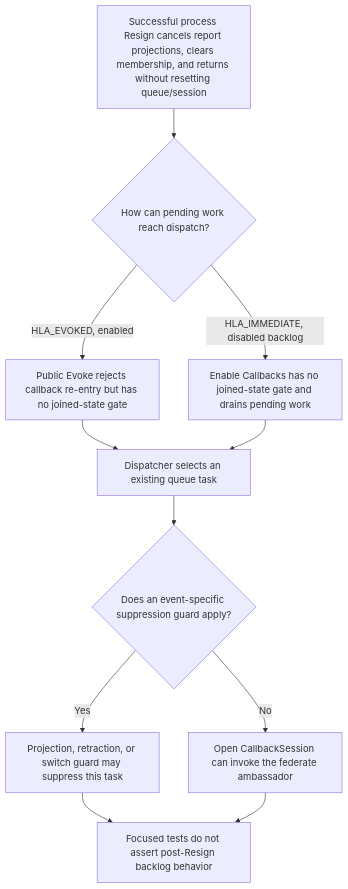
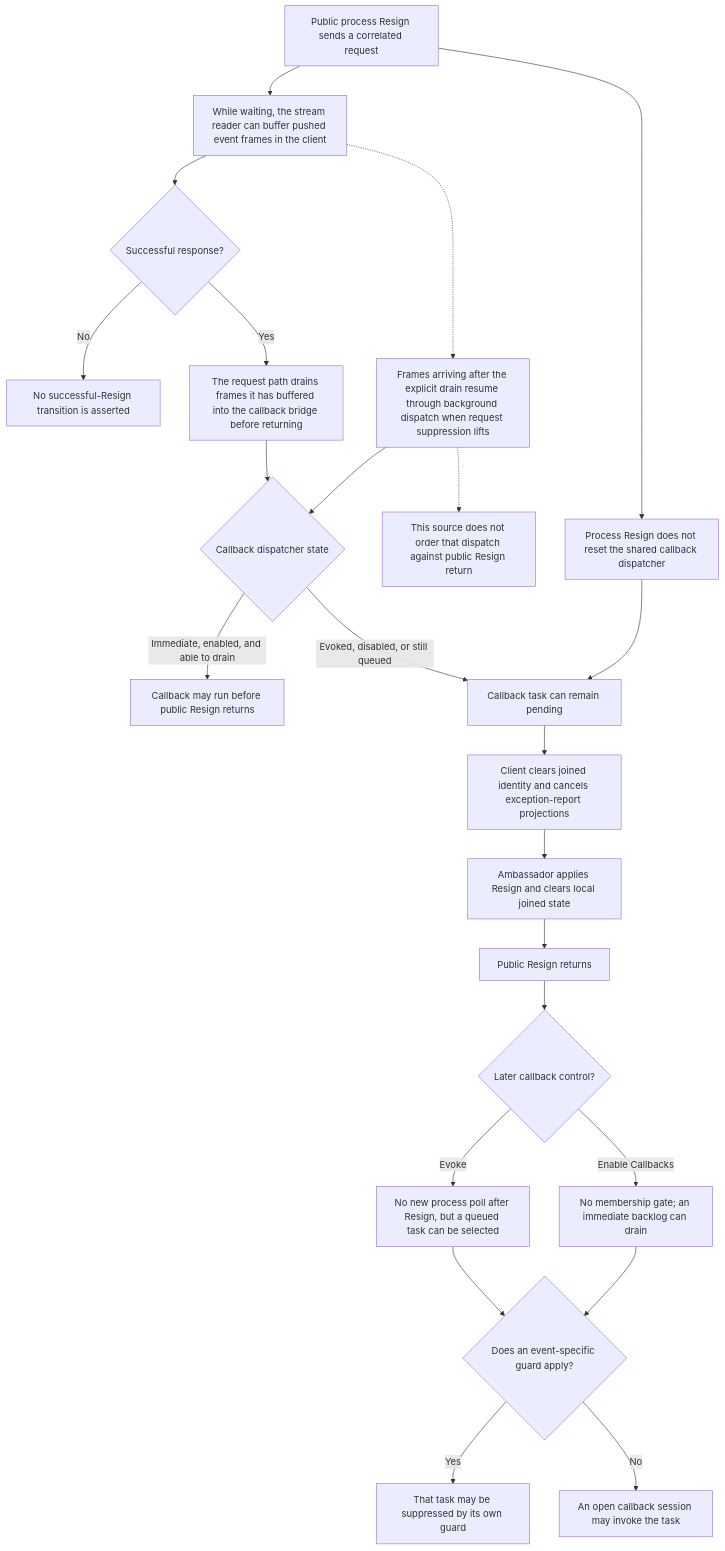
Diagram 13 of 15 in docs/design/HLA-2025-CALLBACK-AND-SERVICE-ORDERING-FLOW-GUIDE.md (sheepfling/umbra), drawn with Mermaid before and after one commit. The commit also changed other lines of this file and 822 other files, not shown here.

````diff
--- a/docs/design/HLA-2025-CALLBACK-AND-SERVICE-ORDERING-FLOW-GUIDE.md
+++ b/docs/design/HLA-2025-CALLBACK-AND-SERVICE-ORDERING-FLOW-GUIDE.md
@@ -327,13 +694,25 @@
 ```mermaid
 flowchart TD
-  A[Successful process Resign cancels report projections, clears membership, and returns without resetting queue/session] --> B{How can pending work reach dispatch?}
-  B -->|HLA_EVOKED, enabled| C[Public Evoke rejects callback re-entry but has no joined-state gate]
-  B -->|HLA_IMMEDIATE, disabled backlog| D[Enable Callbacks has no joined-state gate and drains pending work]
-  C --> E[Dispatcher selects an existing queue task]
-  D --> E
-  E --> F{Does an event-specific suppression guard apply?}
-  F -->|Yes| G[Projection, retraction, or switch guard may suppress this task]
-  F -->|No| H[Open CallbackSession can invoke the federate ambassador]
-  G --> I[Focused tests do not assert post-Resign backlog behavior]
-  H --> I
+  A[Public process Resign sends a correlated request] --> B[While waiting, the stream reader can buffer pushed event frames in the client]
+  B --> C{Successful response?}
+  C -->|No| X[No successful-Resign transition is asserted]
+  C -->|Yes| D[The request path drains frames it has buffered into the callback bridge before returning]
+  D --> E{Callback dispatcher state}
+  E -->|Immediate, enabled, and able to drain| F[Callback may run before public Resign returns]
+  E -->|Evoked, disabled, or still queued| G[Callback task can remain pending]
+  A --> H[Process Resign does not reset the shared callback dispatcher]
+  H --> G
+  G --> I[Client clears joined identity and cancels exception-report projections]
+  I --> J[Ambassador applies Resign and clears local joined state]
+  J --> K[Public Resign returns]
+  K --> L{Later callback control?}
+  L -->|Evoke| M[No new process poll after Resign, but a queued task can be selected]
+  L -->|Enable Callbacks| N[No membership gate; an immediate backlog can drain]
+  M --> O{Does an event-specific guard apply?}
+  N --> O
+  O -->|Yes| P[That task may be suppressed by its own guard]
+  O -->|No| Q[An open callback session may invoke the task]
+  B -.-> R[Frames arriving after the explicit drain resume through background dispatch when request suppression lifts]
+  R --> E
+  R -.-> T[This source does not order that dispatch against public Resign return]
 ```
````
